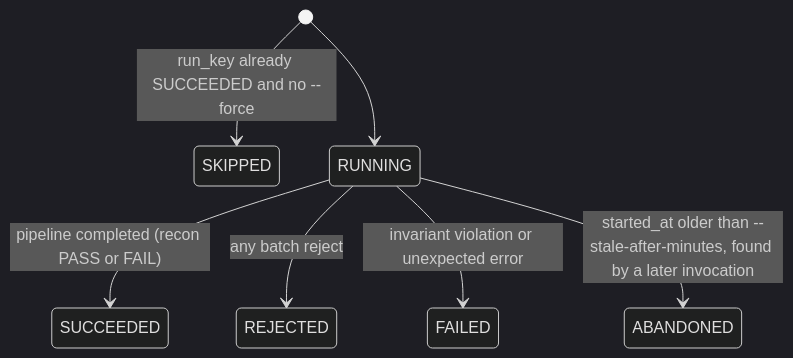
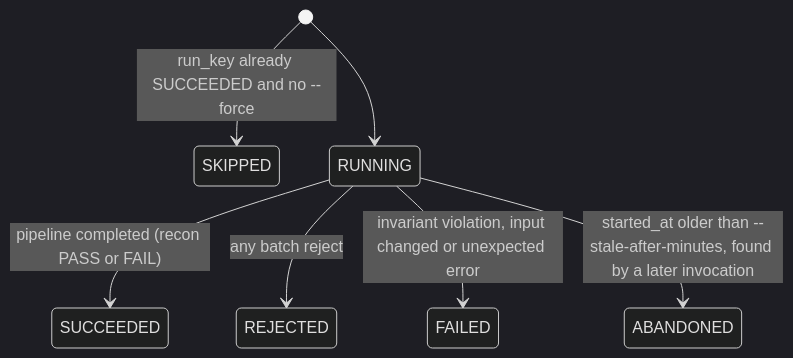
The second of 2 diagrams in docs/DESIGN.md (risri-odoo/recon-pipeline-dataEngineer-yotta), drawn with Mermaid (dark theme) before and after one commit. The commit also changed other lines of this file and 8 other files, not shown here.

````diff
--- a/docs/DESIGN.md
+++ b/docs/DESIGN.md
@@ -370,9 +372,9 @@
 ```mermaid
 stateDiagram-v2
     [*] --> SKIPPED: run_key already SUCCEEDED and no --force
     [*] --> RUNNING
     RUNNING --> SUCCEEDED: pipeline completed (recon PASS or FAIL)
     RUNNING --> REJECTED: any batch reject
-    RUNNING --> FAILED: invariant violation or unexpected error
+    RUNNING --> FAILED: invariant violation, input changed or unexpected error
     RUNNING --> ABANDONED: started_at older than --stale-after-minutes, found by a later invocation
 ```
````
